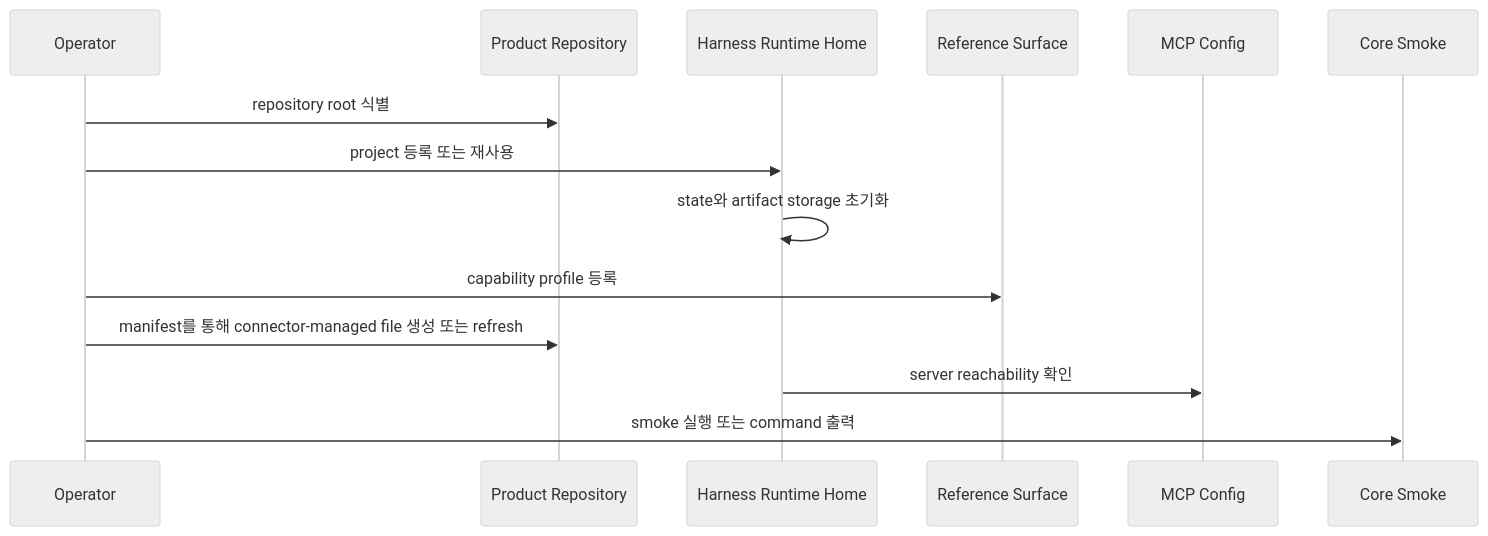
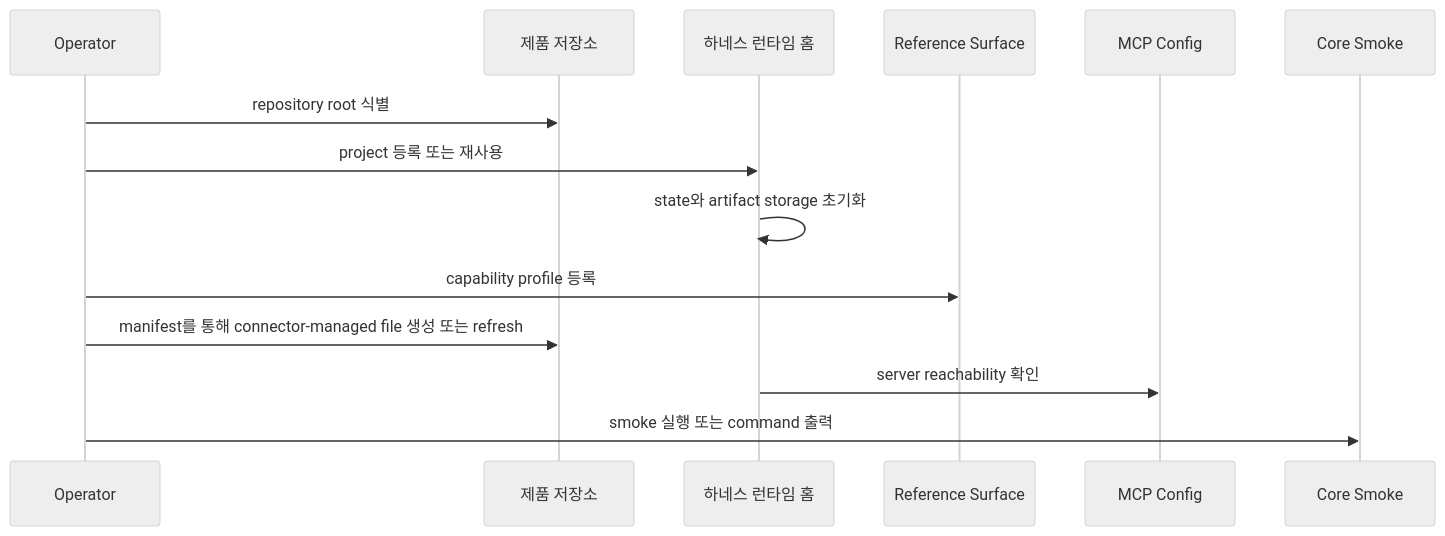
One commit to minjungw00/Volicord changed the fourth of 11 diagrams in docs/ko/reference/operations-and-conformance.md. Above: the diagram before and after it, drawn with Mermaid (neutral theme). The commit also changed other lines of this file and 34 other files, not shown here.

Commit message:
docs: clarify repository role as future Harness Server source

````diff
--- a/docs/ko/reference/operations-and-conformance.md
+++ b/docs/ko/reference/operations-and-conformance.md
@@ -207,16 +207,16 @@
 ```mermaid
 sequenceDiagram
   participant Op as Operator
-  participant Repo as Product Repository
-  participant Runtime as Harness Runtime Home
+  participant Repo as 제품 저장소
+  participant Runtime as 하네스 런타임 홈
   participant Surface as Reference Surface
   participant MCP as MCP Config
   participant Core as Core Smoke
   Op->>Repo: repository root 식별
   Op->>Runtime: project 등록 또는 재사용
   Runtime->>Runtime: state와 artifact storage 초기화
   Op->>Surface: capability profile 등록
   Op->>Repo: manifest를 통해 connector-managed file 생성 또는 refresh
   Runtime->>MCP: server reachability 확인
   Op->>Core: smoke 실행 또는 command 출력
 ```
````
